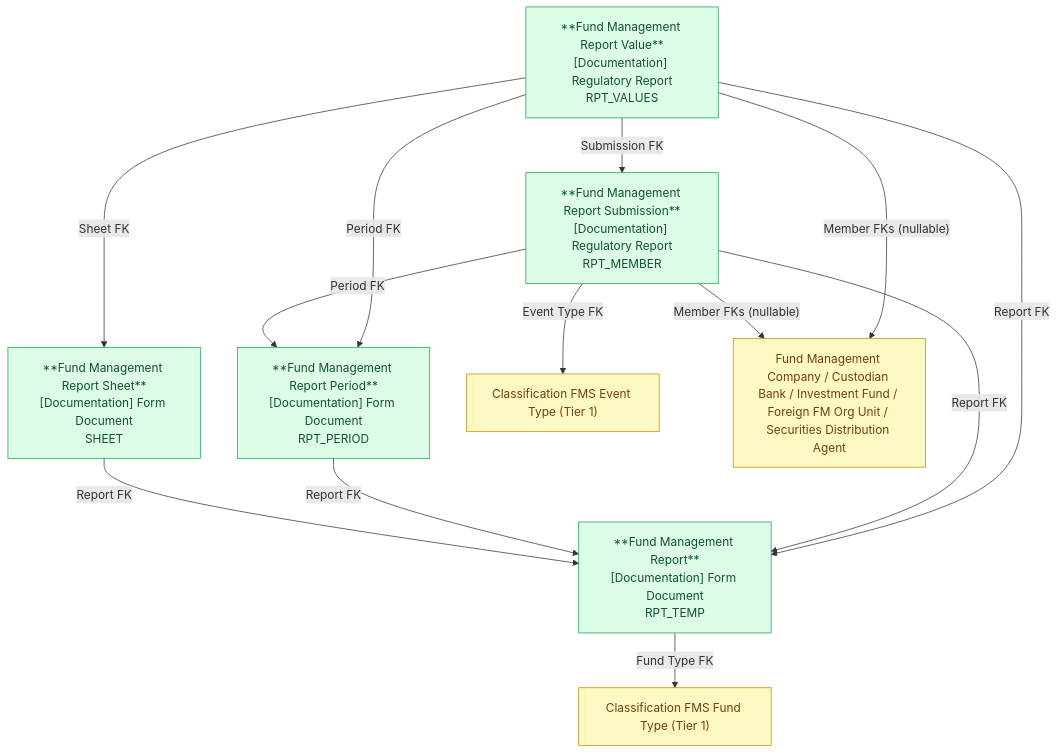
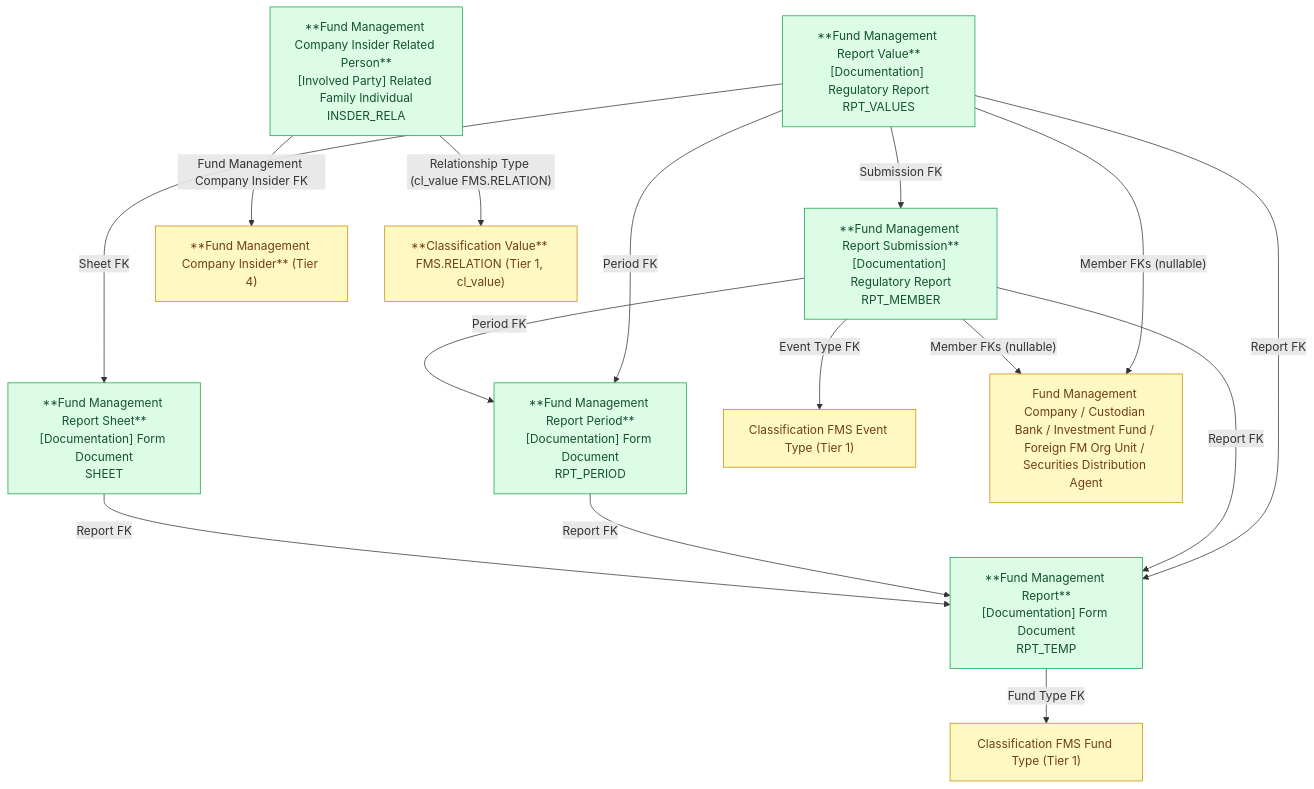
One commit to linhlvit/ubck_atomic_design changed the second of 2 diagrams in DataModel/working/Atomic/hld/FMS_HLD_Tier6.md. Above: the diagram before and after it, drawn with Mermaid. The commit also changed other lines of this file and 105 other files, not shown here.

````diff
--- a/DataModel/working/Atomic/hld/FMS_HLD_Tier6.md
+++ b/DataModel/working/Atomic/hld/FMS_HLD_Tier6.md
@@ -66,28 +75,34 @@
 ```mermaid
 graph TD
     classDef atomic fill:#dcfce7,stroke:#16a34a,color:#14532d
     classDef outscope fill:#fef9c3,stroke:#ca8a04,color:#713f12
 
     FMR["**Fund Management Report**\n[Documentation] Form Document\nRPT_TEMP"]:::atomic
     FMRS["**Fund Management Report Sheet**\n[Documentation] Form Document\nSHEET"]:::atomic
     FMRP["**Fund Management Report Period**\n[Documentation] Form Document\nRPT_PERIOD"]:::atomic
     FMRSUB["**Fund Management Report Submission**\n[Documentation] Regulatory Report\nRPT_MEMBER"]:::atomic
     FMRV["**Fund Management Report Value**\n[Documentation] Regulatory Report\nRPT_VALUES"]:::atomic
 
     FT["Classification FMS Fund Type (Tier 1)"]:::outscope
     ET["Classification FMS Event Type (Tier 1)"]:::outscope
     MEM["Fund Management Company / Custodian Bank / Investment Fund / Foreign FM Org Unit / Securities Distribution Agent"]:::outscope
 
     FMR -->|"Fund Type FK"| FT
     FMRS -->|"Report FK"| FMR
     FMRP -->|"Report FK"| FMR
     FMRSUB -->|"Period FK"| FMRP
     FMRSUB -->|"Report FK"| FMR
     FMRSUB -->|"Member FKs (nullable)"| MEM
     FMRSUB -->|"Event Type FK"| ET
     FMRV -->|"Submission FK"| FMRSUB
     FMRV -->|"Sheet FK"| FMRS
     FMRV -->|"Report FK"| FMR
     FMRV -->|"Period FK"| FMRP
     FMRV -->|"Member FKs (nullable)"| MEM
+
+    FMIRP["**Fund Management Company Insider Related Person**\n[Involved Party] Related Family Individual\nINSDER_RELA"]:::atomic
+    FMCI["**Fund Management Company Insider** (Tier 4)"]:::outscope
+    CLREL["**Classification Value** FMS.RELATION (Tier 1, cl_value)"]:::outscope
+    FMIRP -->|"Fund Management Company Insider FK"| FMCI
+    FMIRP -->|"Relationship Type (cl_value FMS.RELATION)"| CLREL
 ```
````
